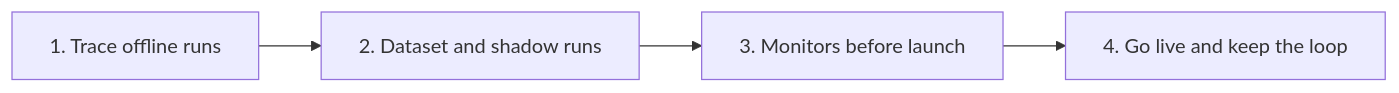
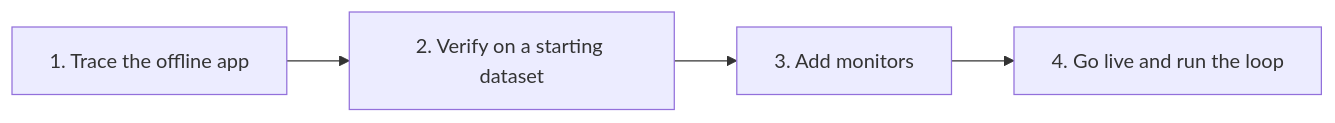
The diagram in content/blog/2026-10-22-regulated-industries-ai-agents-production.mdx (langfuse/langfuse-docs), drawn with Mermaid before and after one commit. The commit also changed other lines of this file, not shown here.

````diff
--- a/content/blog/2026-10-22-regulated-industries-ai-agents-production.mdx
+++ b/content/blog/2026-10-22-regulated-industries-ai-agents-production.mdx
@@ -36,6 +34,6 @@
 ```mermaid
 flowchart LR
-    A["1. Trace offline runs"] --> B["2. Dataset and shadow runs"]
-    B --> C["3. Monitors before launch"]
-    C --> D["4. Go live and keep the loop"]
+    A["1. Trace the offline app"] --> B["2. Verify on a starting dataset"]
+    B --> C["3. Add monitors"]
+    C --> D["4. Go live and run the loop"]
 ```
````
